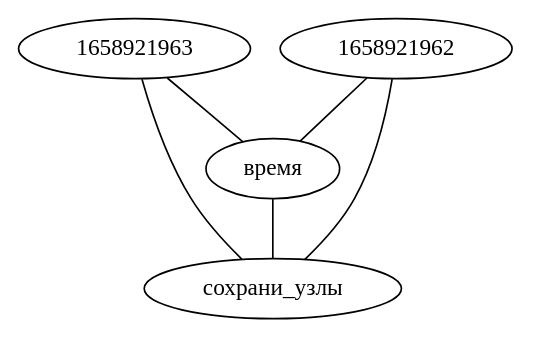
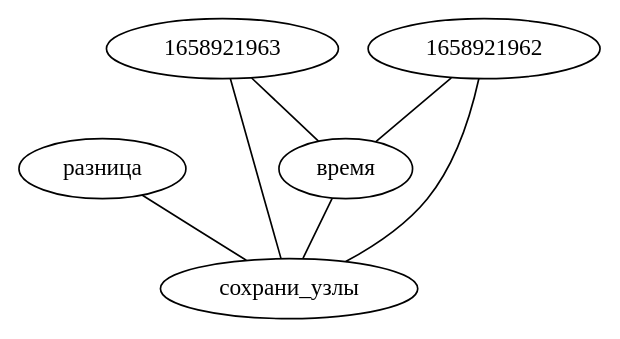
One commit to LeonovEvgenii/AGI changed the diagram in graphs/local_graph.dot. Above: the diagram before and after it, drawn with Graphviz. The commit also changed 3 other files, not shown here.

```diff
--- a/graphs/local_graph.dot
+++ b/graphs/local_graph.dot
@@ -1,8 +1,9 @@
 strict graph G {
+разница -- сохрани_узлы
 1658921963 -- сохрани_узлы
 1658921963 -- время
 1658921962 -- сохрани_узлы
 1658921962 -- время
 время -- сохрани_узлы
 время -- 1658921962
 }
```
